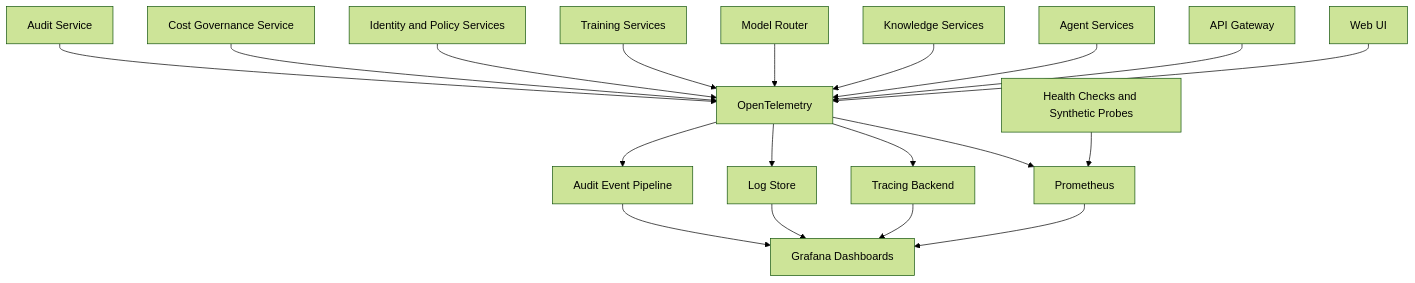
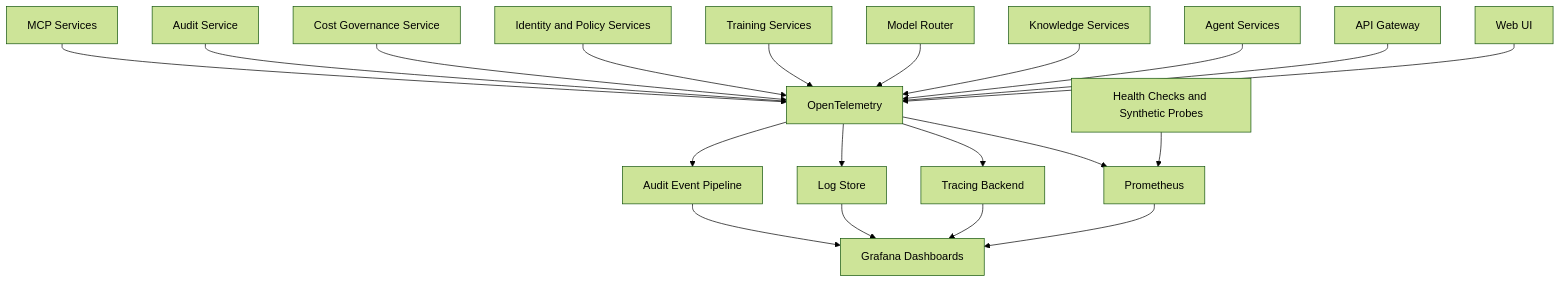
One commit to dcfrancisco/open-intelligence-platform changed the diagram in docs/observability.md. Above: the diagram before and after it, drawn with Mermaid (forest theme). The commit also changed other lines of this file and 110 other files, not shown here.

First line of the commit message:
Add documentation and initial setup files for MVP and architecture

````diff
--- a/docs/observability.md
+++ b/docs/observability.md
@@ -11,24 +11,25 @@
 ```mermaid
-flowchart TB
+flowchart TD
     UI[Web UI] --> OTel[OpenTelemetry]
     Gateway[API Gateway] --> OTel
     Agents[Agent Services] --> OTel
     Knowledge[Knowledge Services] --> OTel
     Routing[Model Router] --> OTel
     Training[Training Services] --> OTel
     Identity[Identity and Policy Services] --> OTel
     Cost[Cost Governance Service] --> OTel
     Audit[Audit Service] --> OTel
+    MCP[MCP Services] --> OTel
 
     OTel --> Metrics[Prometheus]
     OTel --> Traces[Tracing Backend]
     OTel --> Logs[Log Store]
     OTel --> AuditEvents[Audit Event Pipeline]
 
     Metrics --> Grafana[Grafana Dashboards]
     Traces --> Grafana
     Logs --> Grafana
     AuditEvents --> Grafana
 
     Health[Health Checks and Synthetic Probes] --> Metrics
 ```
````
